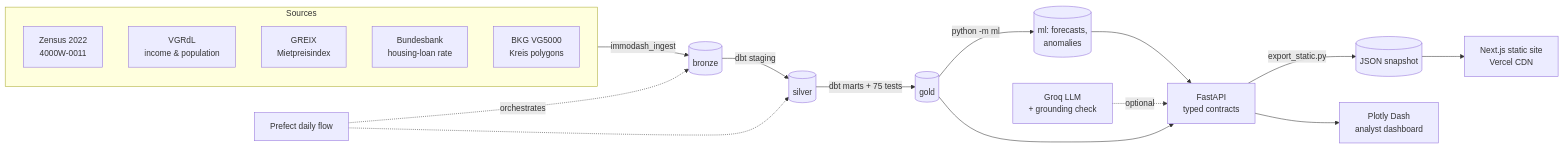
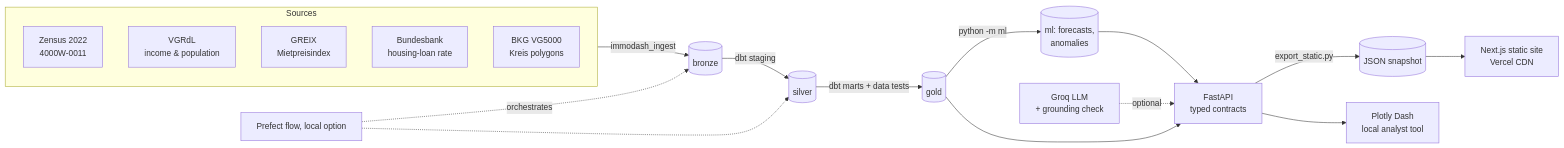
One commit to zoeb-ali/immodash changed the diagram in README.md. Above: the diagram before and after it, drawn with Mermaid. The commit also changed other lines of this file and 278 other files, not shown here.

````diff
--- a/README.md
+++ b/README.md
@@ -23,22 +23,22 @@
 ```mermaid
 flowchart LR
     subgraph Sources
         Z[Zensus 2022<br/>4000W-0011]
         V[VGRdL<br/>income & population]
         G[GREIX<br/>Mietpreisindex]
         B[Bundesbank<br/>housing-loan rate]
         K[BKG VG5000<br/>Kreis polygons]
     end
     Sources -->|immodash_ingest| BR[(bronze)]
     BR -->|dbt staging| SI[(silver)]
-    SI -->|dbt marts + 75 tests| GO[(gold)]
+    SI -->|dbt marts + data tests| GO[(gold)]
     GO -->|python -m ml| ML[(ml: forecasts,<br/>anomalies)]
     GO --> API[FastAPI<br/>typed contracts]
     ML --> API
     LLM[Groq LLM<br/>+ grounding check] -.optional.-> API
     API -->|export_static.py| SNAP[(JSON snapshot)]
     SNAP --> WEB[Next.js static site<br/>Vercel CDN]
-    API --> DASH[Plotly Dash<br/>analyst dashboard]
-    PF[Prefect daily flow] -.orchestrates.-> BR
+    API --> DASH[Plotly Dash<br/>local analyst tool]
+    PF[Prefect flow, local option] -.orchestrates.-> BR
     PF -.-> SI
 ```
````
